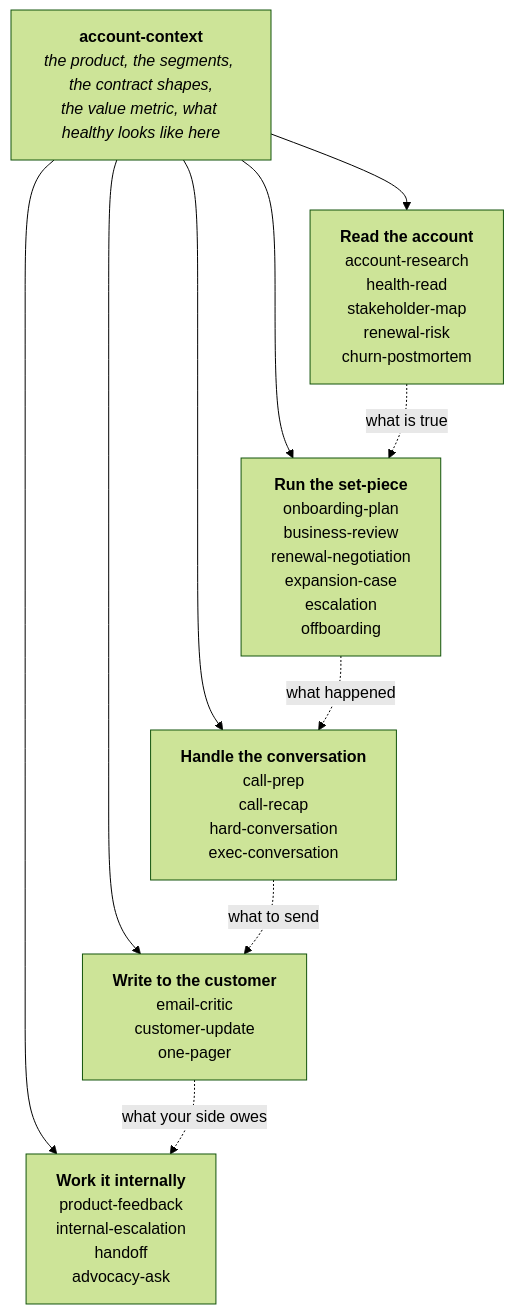
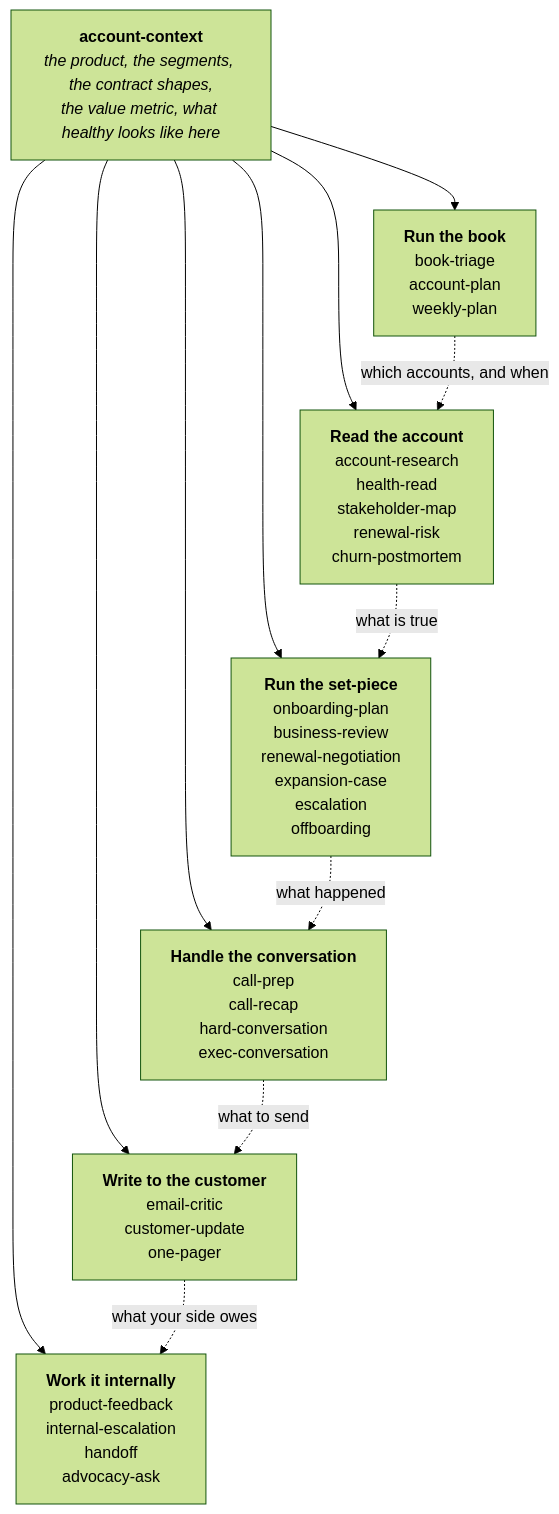
One commit to CSPulse/Skills changed the diagram in README.md. Above: the diagram before and after it, drawn with Mermaid (forest theme). The commit also changed other lines of this file and 10 other files, not shown here.

First line of the commit message:
Add book-triage, account-plan and weekly-plan

````diff
--- a/README.md
+++ b/README.md
@@ -31,15 +31,17 @@
 ```mermaid
 flowchart TB
     AC["<b>account-context</b><br/><i>the product, the segments, the contract shapes,<br/>the value metric, what healthy looks like here</i>"]
 
     AC --> R["<b>Read the account</b><br/>account-research<br/>health-read<br/>stakeholder-map<br/>renewal-risk<br/>churn-postmortem"]
     AC --> S["<b>Run the set-piece</b><br/>onboarding-plan<br/>business-review<br/>renewal-negotiation<br/>expansion-case<br/>escalation<br/>offboarding"]
     AC --> C["<b>Handle the conversation</b><br/>call-prep<br/>call-recap<br/>hard-conversation<br/>exec-conversation"]
     AC --> W["<b>Write to the customer</b><br/>email-critic<br/>customer-update<br/>one-pager"]
     AC --> I["<b>Work it internally</b><br/>product-feedback<br/>internal-escalation<br/>handoff<br/>advocacy-ask"]
+    AC --> B["<b>Run the book</b><br/>book-triage<br/>account-plan<br/>weekly-plan"]
 
     R -.->|"what is true"| S
     S -.->|"what happened"| C
     C -.->|"what to send"| W
     W -.->|"what your side owes"| I
+    B -.->|"which accounts, and when"| R
 ```
````
